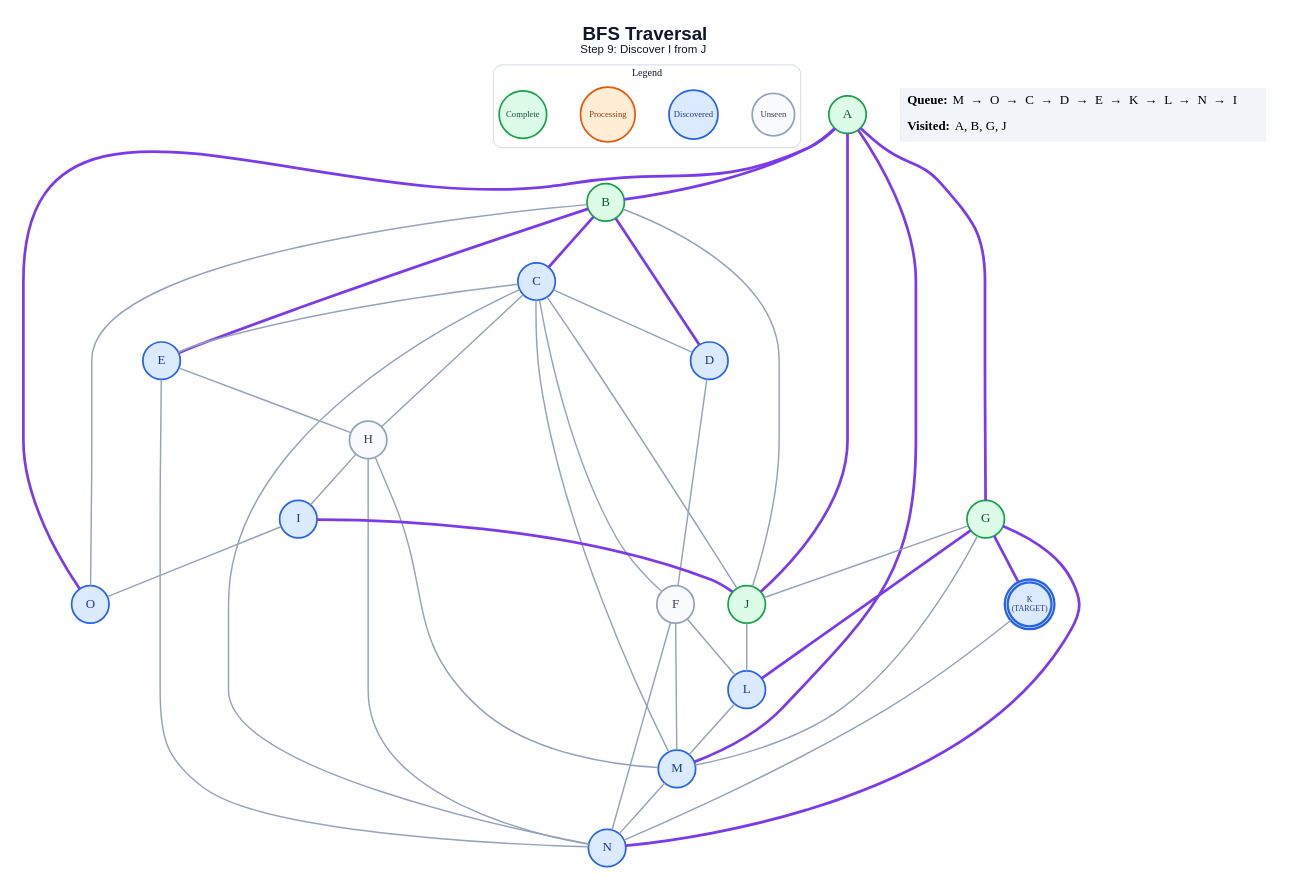
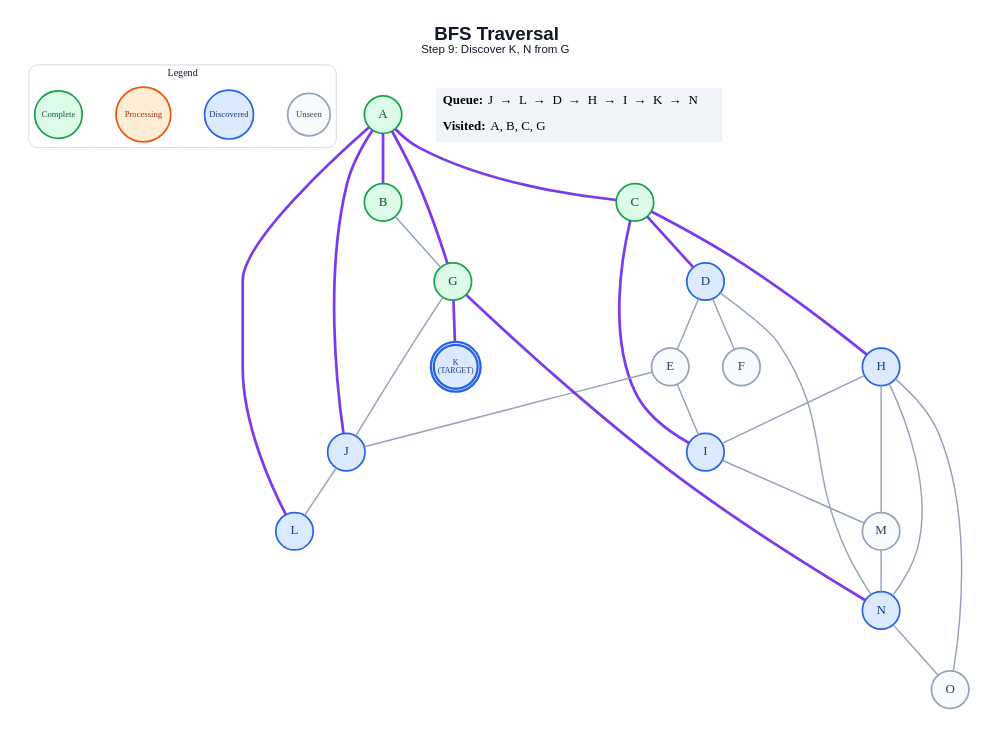
The diagram in generated/specific-node/bfs/step_09.dot (anon7238593-create/ai-slop), drawn with Graphviz before and after one commit. The commit also changed 286 other files, not shown here.

```diff
--- a/generated/specific-node/bfs/step_09.dot
+++ b/generated/specific-node/bfs/step_09.dot
@@ -1,71 +1,59 @@
 graph traversal {
   graph [layout=dot, rankdir=TB, bgcolor="#FFFFFF", pad="0.35", nodesep="0.65", ranksep="0.8", fontname="Arial"];
   node [shape=circle, style="filled", fontname="Arial Bold", fontsize=18, width=0.72, fixedsize=true, penwidth=2.4];
   edge [color="#94A3B8", penwidth=2.0];
-  label=<<B>BFS Traversal</B><BR/><FONT POINT-SIZE="16">Step 9: Discover I from J</FONT>>; labelloc="t"; fontsize=26; fontname="Arial"; fontcolor="#0F172A";
+  label=<<B>BFS Traversal</B><BR/><FONT POINT-SIZE="16">Step 9: Discover K, N from G</FONT>>; labelloc="t"; fontsize=26; fontname="Arial"; fontcolor="#0F172A";
   subgraph cluster_legend { label="Legend"; color="#CBD5E1"; penwidth=1.2; style="rounded"; fontsize=14; fontname="Arial Bold";
     key_unseen [label="Unseen", fillcolor="#F8FAFC", color="#94A3B8", fontcolor="#334155", fontsize=12, width=0.82];
     key_frontier [label="Discovered", fillcolor="#DBEAFE", color="#2563EB", fontcolor="#1E3A8A", fontsize=12, width=0.95];
     key_current [label="Processing", fillcolor="#FFEDD5", color="#EA580C", fontcolor="#9A3412", fontsize=12, width=1.05];
     key_done [label="Complete", fillcolor="#DCFCE7", color="#16A34A", fontcolor="#14532D", fontsize=12, width=0.92];
     { rank=same; key_unseen; key_frontier; key_current; key_done; }
   }
   A [label="A", fillcolor="#DCFCE7", color="#16A34A", fontcolor="#14532D", peripheries=1, penwidth=2.4];
   B [label="B", fillcolor="#DCFCE7", color="#16A34A", fontcolor="#14532D", peripheries=1, penwidth=2.4];
-  C [label="C", fillcolor="#DBEAFE", color="#2563EB", fontcolor="#1E3A8A", peripheries=1, penwidth=2.4];
+  C [label="C", fillcolor="#DCFCE7", color="#16A34A", fontcolor="#14532D", peripheries=1, penwidth=2.4];
   D [label="D", fillcolor="#DBEAFE", color="#2563EB", fontcolor="#1E3A8A", peripheries=1, penwidth=2.4];
-  E [label="E", fillcolor="#DBEAFE", color="#2563EB", fontcolor="#1E3A8A", peripheries=1, penwidth=2.4];
+  E [label="E", fillcolor="#F8FAFC", color="#94A3B8", fontcolor="#334155", peripheries=1, penwidth=2.4];
   F [label="F", fillcolor="#F8FAFC", color="#94A3B8", fontcolor="#334155", peripheries=1, penwidth=2.4];
   G [label="G", fillcolor="#DCFCE7", color="#16A34A", fontcolor="#14532D", peripheries=1, penwidth=2.4];
-  H [label="H", fillcolor="#F8FAFC", color="#94A3B8", fontcolor="#334155", peripheries=1, penwidth=2.4];
+  H [label="H", fillcolor="#DBEAFE", color="#2563EB", fontcolor="#1E3A8A", peripheries=1, penwidth=2.4];
   I [label="I", fillcolor="#DBEAFE", color="#2563EB", fontcolor="#1E3A8A", peripheries=1, penwidth=2.4];
-  J [label="J", fillcolor="#DCFCE7", color="#16A34A", fontcolor="#14532D", peripheries=1, penwidth=2.4];
+  J [label="J", fillcolor="#DBEAFE", color="#2563EB", fontcolor="#1E3A8A", peripheries=1, penwidth=2.4];
   K [label="K\n(TARGET)", fillcolor="#DBEAFE", color="#2563EB", fontcolor="#1E3A8A", peripheries=2, penwidth=3.2, fontsize=11, width=0.85, height=0.85];
   L [label="L", fillcolor="#DBEAFE", color="#2563EB", fontcolor="#1E3A8A", peripheries=1, penwidth=2.4];
-  M [label="M", fillcolor="#DBEAFE", color="#2563EB", fontcolor="#1E3A8A", peripheries=1, penwidth=2.4];
+  M [label="M", fillcolor="#F8FAFC", color="#94A3B8", fontcolor="#334155", peripheries=1, penwidth=2.4];
   N [label="N", fillcolor="#DBEAFE", color="#2563EB", fontcolor="#1E3A8A", peripheries=1, penwidth=2.4];
-  O [label="O", fillcolor="#DBEAFE", color="#2563EB", fontcolor="#1E3A8A", peripheries=1, penwidth=2.4];
+  O [label="O", fillcolor="#F8FAFC", color="#94A3B8", fontcolor="#334155", peripheries=1, penwidth=2.4];
   A -- B [color="#7C3AED", penwidth=3.8];
+  A -- C [color="#7C3AED", penwidth=3.8];
   A -- G [color="#7C3AED", penwidth=3.8];
   A -- J [color="#7C3AED", penwidth=3.8];
-  A -- M [color="#7C3AED", penwidth=3.8];
-  A -- O [color="#7C3AED", penwidth=3.8];
-  B -- C [color="#7C3AED", penwidth=3.8];
-  B -- D [color="#7C3AED", penwidth=3.8];
-  B -- E [color="#7C3AED", penwidth=3.8];
-  B -- J;
-  B -- O;
-  C -- D;
-  C -- E;
-  C -- F;
-  C -- H;
-  C -- J;
-  C -- M;
-  C -- N;
+  A -- L [color="#7C3AED", penwidth=3.8];
+  B -- G;
+  C -- D [color="#7C3AED", penwidth=3.8];
+  C -- H [color="#7C3AED", penwidth=3.8];
+  C -- I [color="#7C3AED", penwidth=3.8];
+  D -- E;
   D -- F;
-  E -- H;
-  E -- N;
-  F -- L;
-  F -- M;
-  F -- N;
+  D -- N;
+  E -- I;
+  E -- J;
   G -- J;
   G -- K [color="#7C3AED", penwidth=3.8];
-  G -- L [color="#7C3AED", penwidth=3.8];
-  G -- M;
   G -- N [color="#7C3AED", penwidth=3.8];
   H -- I;
   H -- M;
   H -- N;
-  I -- J [color="#7C3AED", penwidth=3.8];
-  I -- O;
+  H -- O;
+  I -- M;
   J -- L;
-  K -- N;
-  L -- M;
   M -- N;
+  N -- O;
   status [shape=plain, fixedsize=false, width=0, height=0, margin=0, label=<
     <TABLE BORDER="0" CELLBORDER="0" CELLPADDING="7" BGCOLOR="#F1F5F9">
-      <TR><TD ALIGN="LEFT"><B>Queue:</B> M  →  O  →  C  →  D  →  E  →  K  →  L  →  N  →  I</TD></TR>
-      <TR><TD ALIGN="LEFT"><B>Visited:</B> A, B, G, J</TD></TR>
+      <TR><TD ALIGN="LEFT"><B>Queue:</B> J  →  L  →  D  →  H  →  I  →  K  →  N</TD></TR>
+      <TR><TD ALIGN="LEFT"><B>Visited:</B> A, B, C, G</TD></TR>
     </TABLE>
   >];
 }
```
